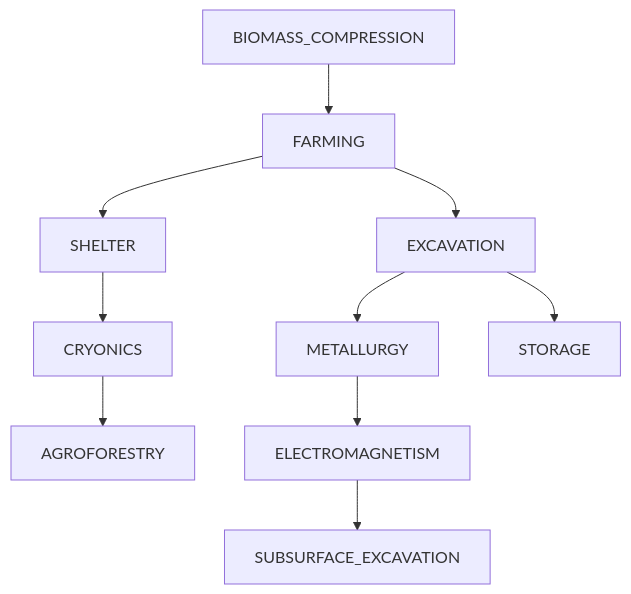
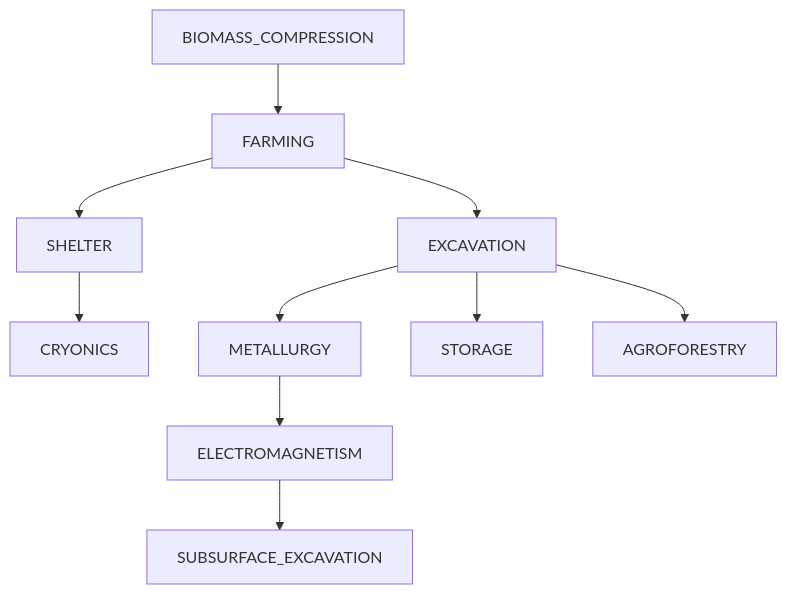
The diagram in docs/TECH_TREE.md (krnsk0/idler), drawn with Mermaid before and after one commit. The commit also changed 8 other files, not shown here.

````diff
--- a/docs/TECH_TREE.md
+++ b/docs/TECH_TREE.md
@@ -6,13 +6,13 @@
 ```mermaid
 flowchart TD;
   BIOMASS_COMPRESSION --> FARMING
   FARMING --> SHELTER
   FARMING --> EXCAVATION
   SHELTER --> CRYONICS
-  CRYONICS --> AGROFORESTRY
   EXCAVATION --> METALLURGY
   EXCAVATION --> STORAGE
+  EXCAVATION --> AGROFORESTRY
   METALLURGY --> ELECTROMAGNETISM
   ELECTROMAGNETISM --> SUBSURFACE_EXCAVATION
 
 ```
````
